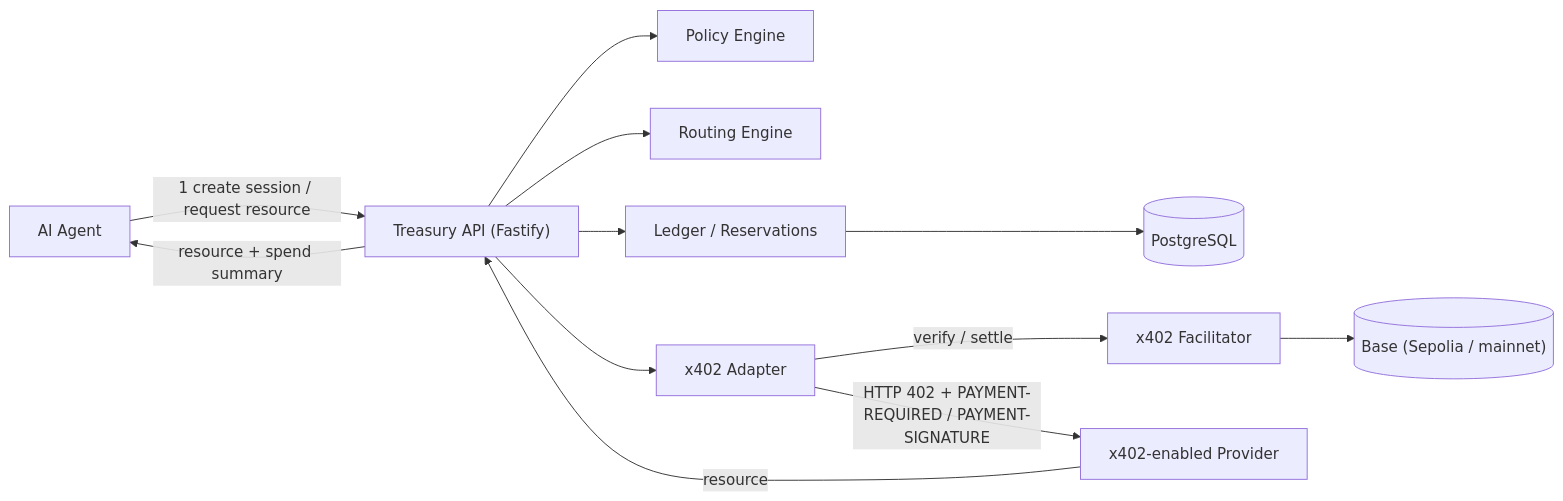
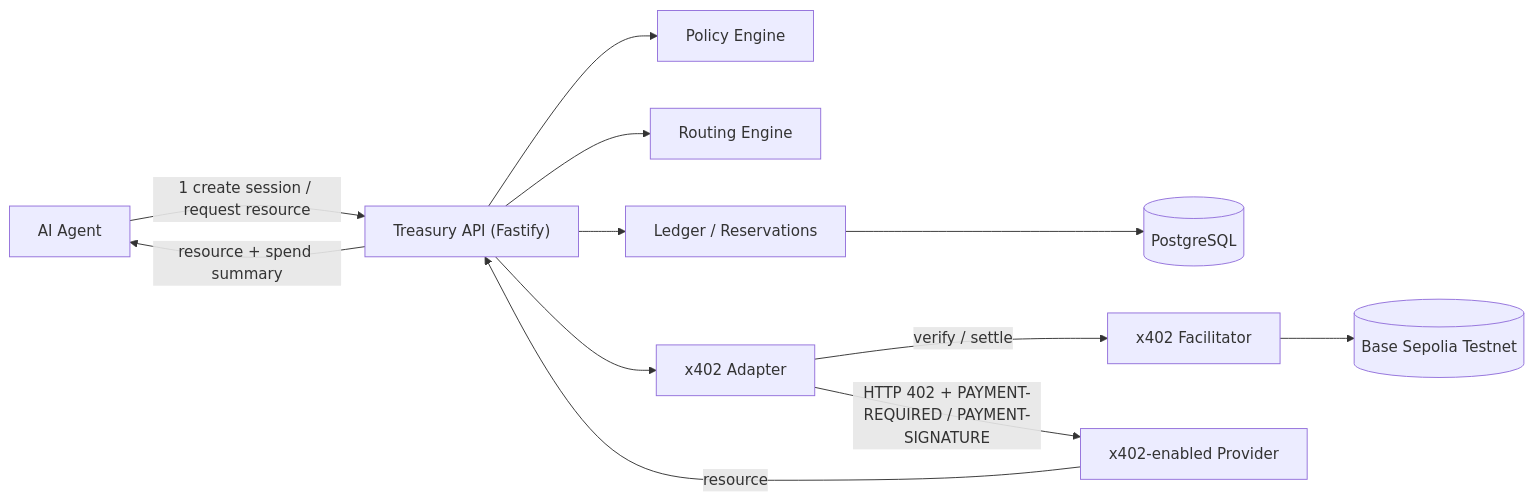
The first of 2 diagrams in README.md (ethankim02/test), drawn with Mermaid before and after one commit. The commit also changed other lines of this file and 5 other files, not shown here.

First line of the commit message:
docs: portfolio polish — fix mainnet-implying diagram, tighten README, add roadmap/security docs

````diff
--- a/README.md
+++ b/README.md
@@ -26,14 +36,14 @@
 ```mermaid
 flowchart LR
     Agent["AI Agent"] -->|"1 create session / request resource"| API["Treasury API (Fastify)"]
     API --> Policy["Policy Engine"]
     API --> Router["Routing Engine"]
     API --> Ledger["Ledger / Reservations"]
     Ledger --> PG[("PostgreSQL")]
     API --> Adapter["x402 Adapter"]
     Adapter -->|"verify / settle"| Facilitator["x402 Facilitator"]
-    Facilitator --> Base[("Base (Sepolia / mainnet)")]
+    Facilitator --> Base[("Base Sepolia Testnet")]
     Adapter -->|"HTTP 402 + PAYMENT-REQUIRED / PAYMENT-SIGNATURE"| Provider["x402-enabled Provider"]
     Provider -->|"resource"| API
     API -->|"resource + spend summary"| Agent
 ```
````
